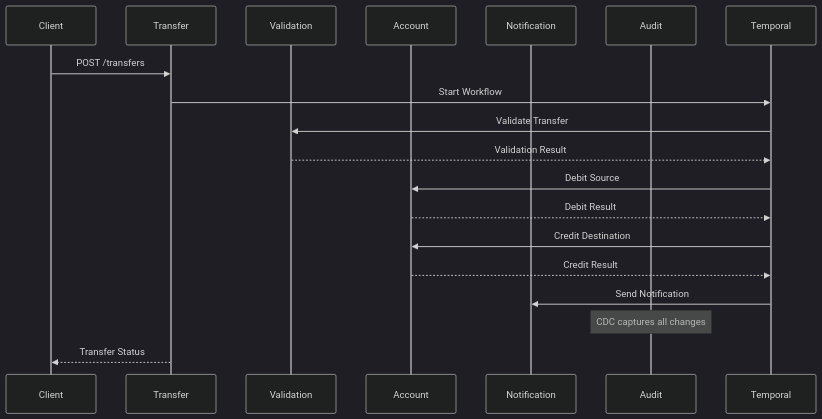
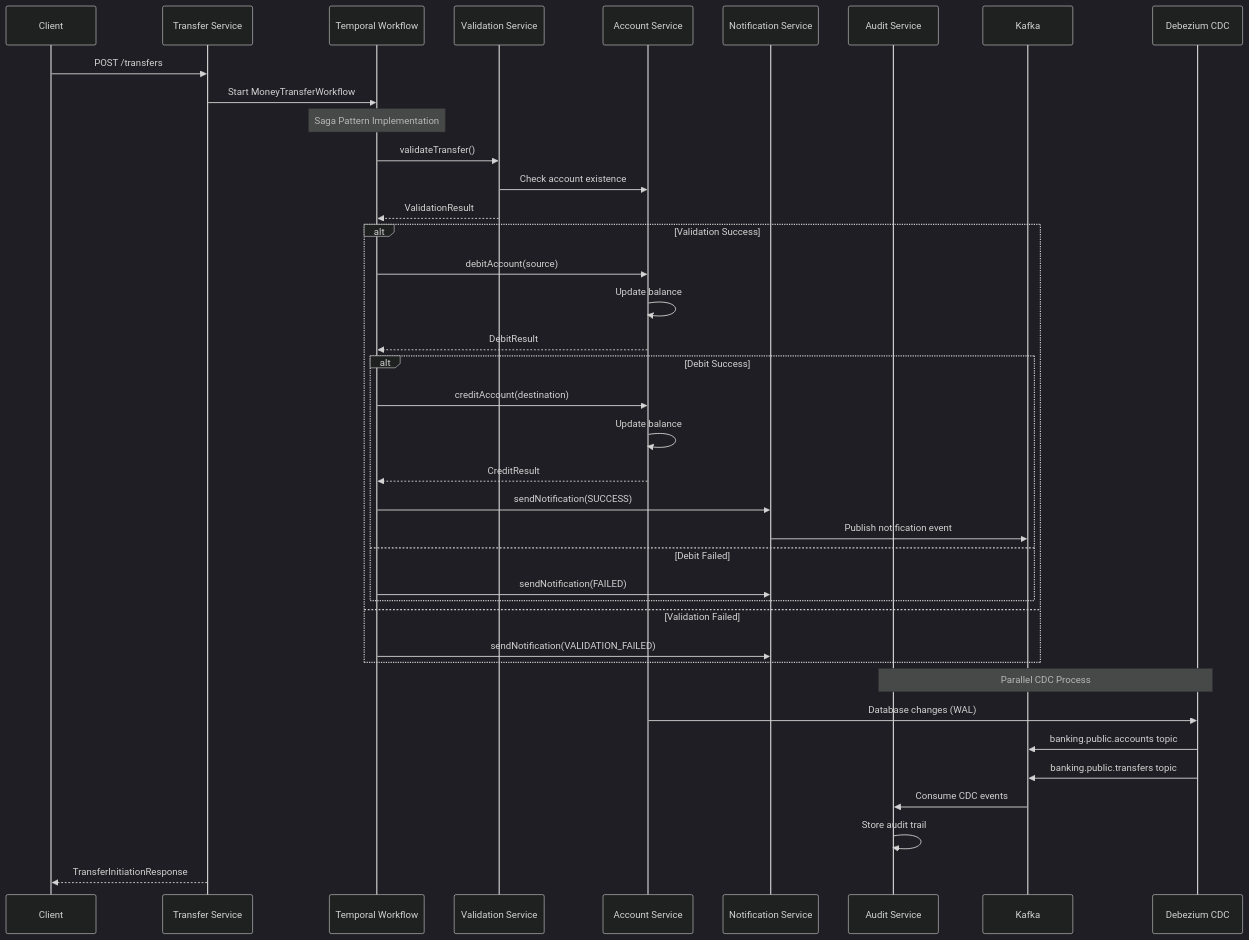
Before and after one commit to ptaylon/temporal-banking-workflow: the diagram in README.md, drawn with Mermaid (dark theme). The commit also changed other lines of this file, not shown here.

````diff
--- a/README.md
+++ b/README.md
@@ -266,22 +352,48 @@
 ```mermaid
 sequenceDiagram
     participant Client
-    participant Transfer
-    participant Validation
-    participant Account
-    participant Notification
-    participant Audit
-    participant Temporal
+    participant Transfer as Transfer Service
+    participant Temporal as Temporal Workflow
+    participant Validation as Validation Service
+    participant Account as Account Service
+    participant Notification as Notification Service
+    participant Audit as Audit Service
+    participant Kafka
+    participant CDC as Debezium CDC
 
     Client->>Transfer: POST /transfers
-    Transfer->>Temporal: Start Workflow
-    Temporal->>Validation: Validate Transfer
-    Validation-->>Temporal: Validation Result
-    Temporal->>Account: Debit Source
-    Account-->>Temporal: Debit Result
-    Temporal->>Account: Credit Destination
-    Account-->>Temporal: Credit Result
-    Temporal->>Notification: Send Notification
-    Note over Audit: CDC captures all changes
-    Transfer-->>Client: Transfer Status
+    Transfer->>Temporal: Start MoneyTransferWorkflow
+    
+    Note over Temporal: Saga Pattern Implementation
+    Temporal->>Validation: validateTransfer()
+    Validation->>Account: Check account existence
+    Validation-->>Temporal: ValidationResult
+    
+    alt Validation Success
+        Temporal->>Account: debitAccount(source)
+        Account->>Account: Update balance
+        Account-->>Temporal: DebitResult
+        
+        alt Debit Success
+            Temporal->>Account: creditAccount(destination)
+            Account->>Account: Update balance
+            Account-->>Temporal: CreditResult
+            
+            Temporal->>Notification: sendNotification(SUCCESS)
+            Notification->>Kafka: Publish notification event
+        else Debit Failed
+            Temporal->>Notification: sendNotification(FAILED)
+        end
+    else Validation Failed
+        Temporal->>Notification: sendNotification(VALIDATION_FAILED)
+    end
+    
+    Note over CDC,Audit: Parallel CDC Process
+    Account->>CDC: Database changes (WAL)
+    CDC->>Kafka: banking.public.accounts topic
+    CDC->>Kafka: banking.public.transfers topic
+    Kafka->>Audit: Consume CDC events
+    Audit->>Audit: Store audit trail
+    
+    Transfer-->>Client: TransferInitiationResponse
 ```
````
